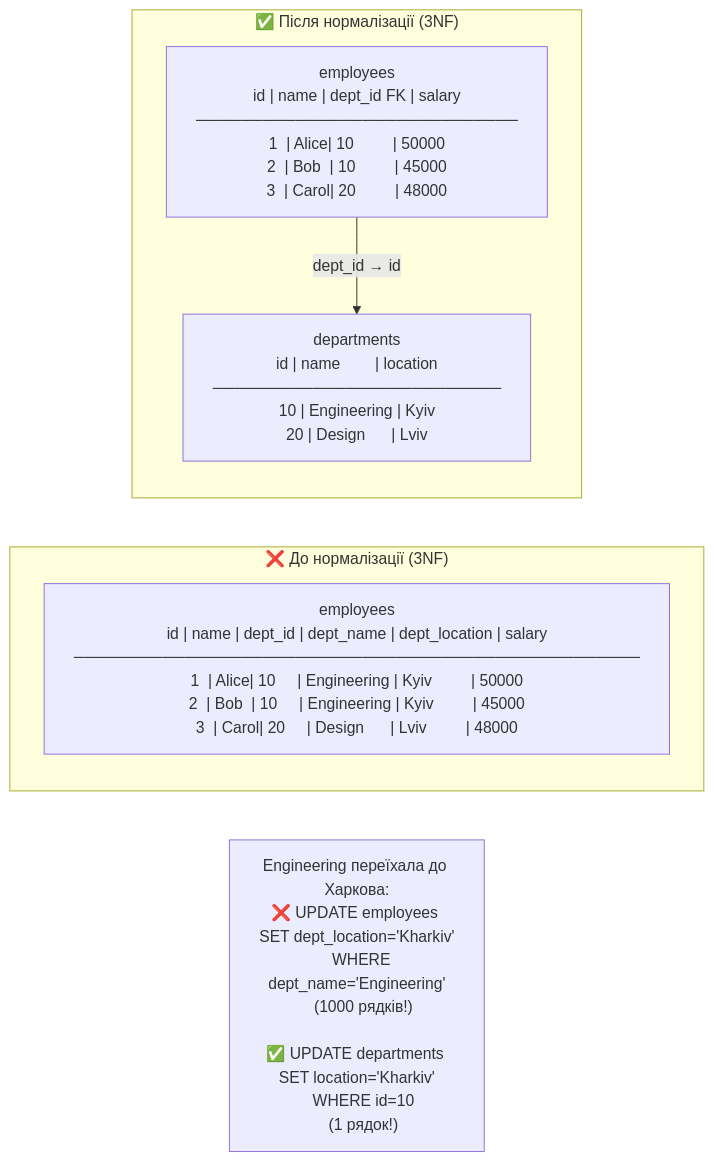
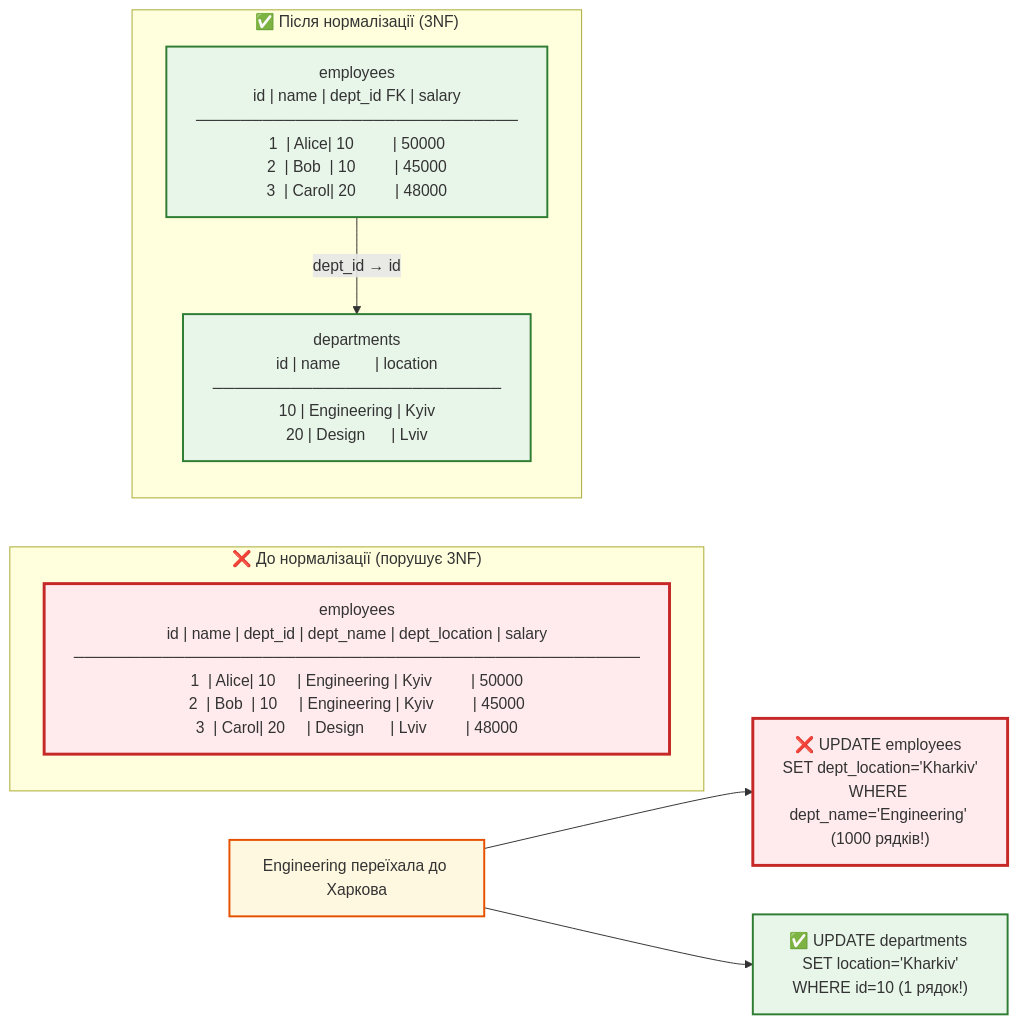
One commit to NikoriakViktot/notes_chat_app changed diagram 18 of 20 in docs/03_database_and_orm/orm_mermaid_full.md. Above: the diagram before and after it, drawn with Mermaid. The commit also changed other lines of this file and 441 other files, not shown here.

First line of the commit message:
Add English version of the book, Mermaid standard, docs fixes

````diff
--- a/docs/03_database_and_orm/orm_mermaid_full.md
+++ b/docs/03_database_and_orm/orm_mermaid_full.md
@@ -608,14 +674,23 @@
 ```mermaid
 graph LR
-    subgraph "❌ До нормалізації (3NF)"
-        T1["employees\nid | name | dept_id | dept_name | dept_location | salary\n───────────────────────────────────────────────────\n1  | Alice| 10     | Engineering | Kyiv         | 50000\n2  | Bob  | 10     | Engineering | Kyiv         | 45000\n3  | Carol| 20     | Design      | Lviv         | 48000"]
+    subgraph "❌ До нормалізації (порушує 3NF)"
+        T1["employees<br>id | name | dept_id | dept_name | dept_location | salary<br>───────────────────────────────────────────────────<br>1  | Alice| 10     | Engineering | Kyiv         | 50000<br>2  | Bob  | 10     | Engineering | Kyiv         | 45000<br>3  | Carol| 20     | Design      | Lviv         | 48000"]
     end
 
     subgraph "✅ Після нормалізації (3NF)"
-        T2["employees\nid | name | dept_id FK | salary\n─────────────────────────────\n1  | Alice| 10         | 50000\n2  | Bob  | 10         | 45000\n3  | Carol| 20         | 48000"]
-        T3["departments\nid | name        | location\n──────────────────────────\n10 | Engineering | Kyiv\n20 | Design      | Lviv"]
+        T2["employees<br>id | name | dept_id FK | salary<br>─────────────────────────────<br>1  | Alice| 10         | 50000<br>2  | Bob  | 10         | 45000<br>3  | Carol| 20         | 48000"]
+        T3["departments<br>id | name        | location<br>──────────────────────────<br>10 | Engineering | Kyiv<br>20 | Design      | Lviv"]
         T2 -->|"dept_id → id"| T3
     end
 
-    PROB["Engineering переїхала до Харкова:\n❌ UPDATE employees SET dept_location='Kharkiv'\n   WHERE dept_name='Engineering'\n   (1000 рядків!)\n\n✅ UPDATE departments SET location='Kharkiv'\n   WHERE id=10\n   (1 рядок!)"]
+    PROB["Engineering переїхала до Харкова"] --> PB1["❌ UPDATE employees SET dept_location='Kharkiv'<br>WHERE dept_name='Engineering' (1000 рядків!)"]
+    PROB --> PB2["✅ UPDATE departments SET location='Kharkiv'<br>WHERE id=10 (1 рядок!)"]
+
+    classDef success  fill:#e8f5e9,stroke:#2e7d32,stroke-width:2px;
+    classDef error    fill:#ffebee,stroke:#c62828,stroke-width:3px;
+    classDef warning  fill:#fff8e1,stroke:#e65100,stroke-width:2px;
+
+    class T2,T3,PB2 success;
+    class T1,PB1 error;
+    class PROB warning;
 ```
````
